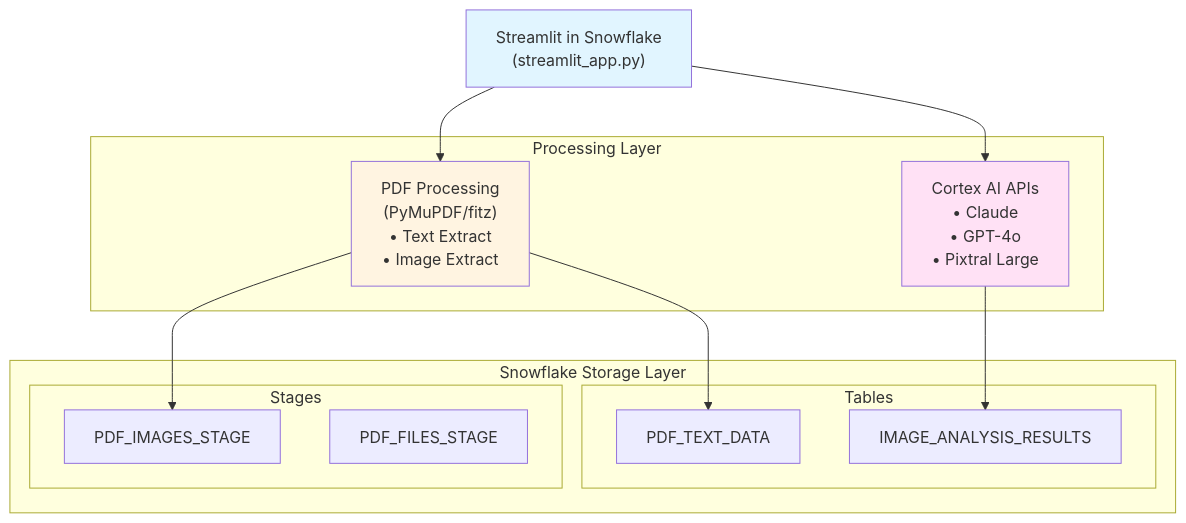
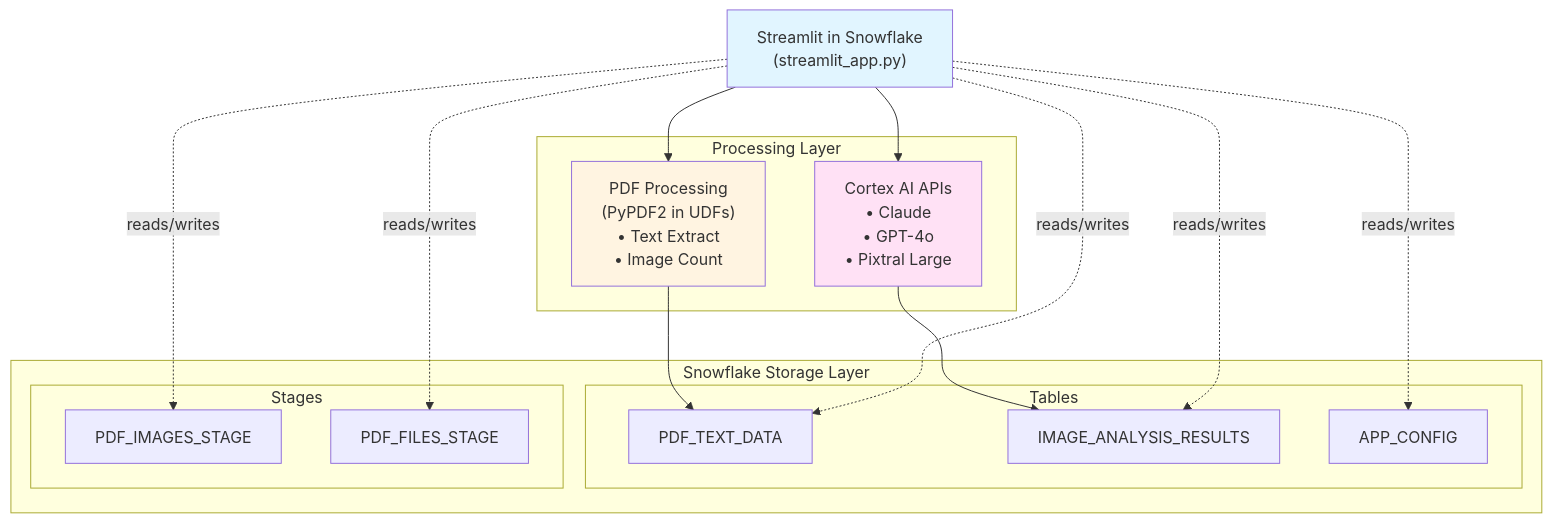
Before and after one commit to sfc-gh-sdickson/Consolidated-Analytics: the fifth of 8 diagrams in SETUP_GUIDE.md, drawn with Mermaid. The commit also changed other lines of this file and 1 other file, not shown here.

````diff
--- a/SETUP_GUIDE.md
+++ b/SETUP_GUIDE.md
@@ -427,30 +450,35 @@
 ```mermaid
 graph TB
     UI["Streamlit in Snowflake<br/>(streamlit_app.py)"]
     
     subgraph Processing["Processing Layer"]
-        PDF["PDF Processing<br/>(PyMuPDF/fitz)<br/>• Text Extract<br/>• Image Extract"]
-        AI["Cortex AI APIs<br/>• Claude<br/>• GPT-4o<br/>• Pixtral Large"]
+        PDF_Extract["PDF Processing<br/>(PyPDF2 in UDFs)<br/>• Text Extract<br/>• Image Count"]
+        AI_Analysis["Cortex AI APIs<br/>• Claude<br/>• GPT-4o<br/>• Pixtral Large"]
     end
     
     subgraph Storage["Snowflake Storage Layer"]
         subgraph Tables["Tables"]
             T1["PDF_TEXT_DATA"]
             T2["IMAGE_ANALYSIS_RESULTS"]
+            T3["APP_CONFIG"]
         end
         subgraph Stages["Stages"]
             S1["PDF_IMAGES_STAGE"]
             S2["PDF_FILES_STAGE"]
         end
     end
     
-    UI --> PDF
-    UI --> AI
-    PDF --> T1
-    PDF --> S1
-    AI --> T2
-    
+    UI --> PDF_Extract
+    UI --> AI_Analysis
+    PDF_Extract --> T1
+    AI_Analysis --> T2
+    UI -.reads/writes.-> T1
+    UI -.reads/writes.-> T2
+    UI -.reads/writes.-> T3
+    UI -.reads/writes.-> S1
+    UI -.reads/writes.-> S2
+
     style UI fill:#e1f5ff
-    style PDF fill:#fff4e1
-    style AI fill:#ffe1f5
+    style PDF_Extract fill:#fff4e1
+    style AI_Analysis fill:#ffe1f5
 ```
````
